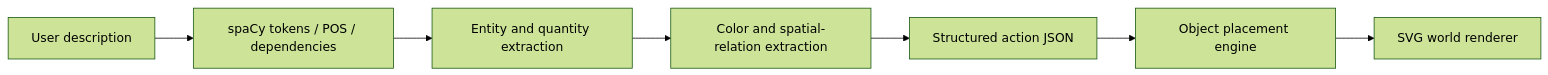
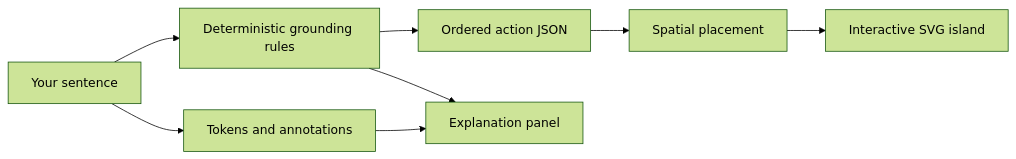
One commit to Am4l-babu/wordworld changed the diagram in README.md. Above: the diagram before and after it, drawn with Mermaid (forest theme). The commit also changed other lines of this file and 20 other files, not shown here.

````diff
--- a/README.md
+++ b/README.md
@@ -91,9 +63,10 @@
 ```mermaid
 flowchart LR
- A[User description] --> B[spaCy tokens / POS / dependencies]
- B --> C[Entity and quantity extraction]
- C --> D[Color and spatial-relation extraction]
- D --> E[Structured action JSON]
- E --> F[Object placement engine]
- F --> G[SVG world renderer]
+    A[Your sentence] --> B[Tokens and annotations]
+    A --> C[Deterministic grounding rules]
+    C --> D[Ordered action JSON]
+    D --> E[Spatial placement]
+    E --> F[Interactive SVG island]
+    B --> G[Explanation panel]
+    C --> G
 ```
````
